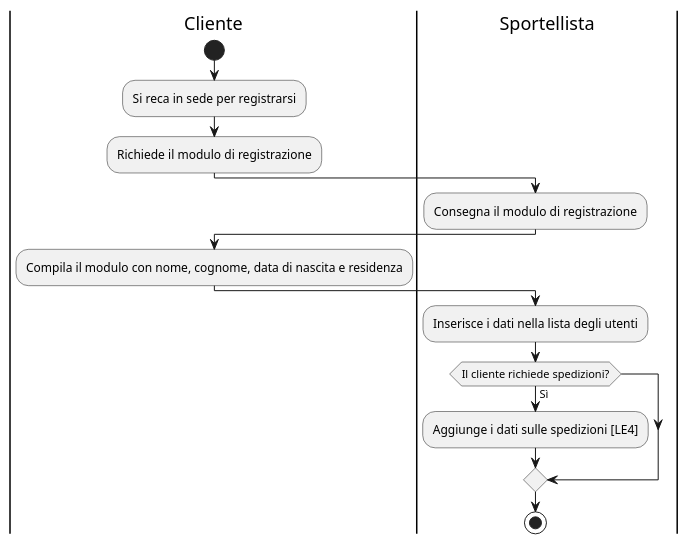
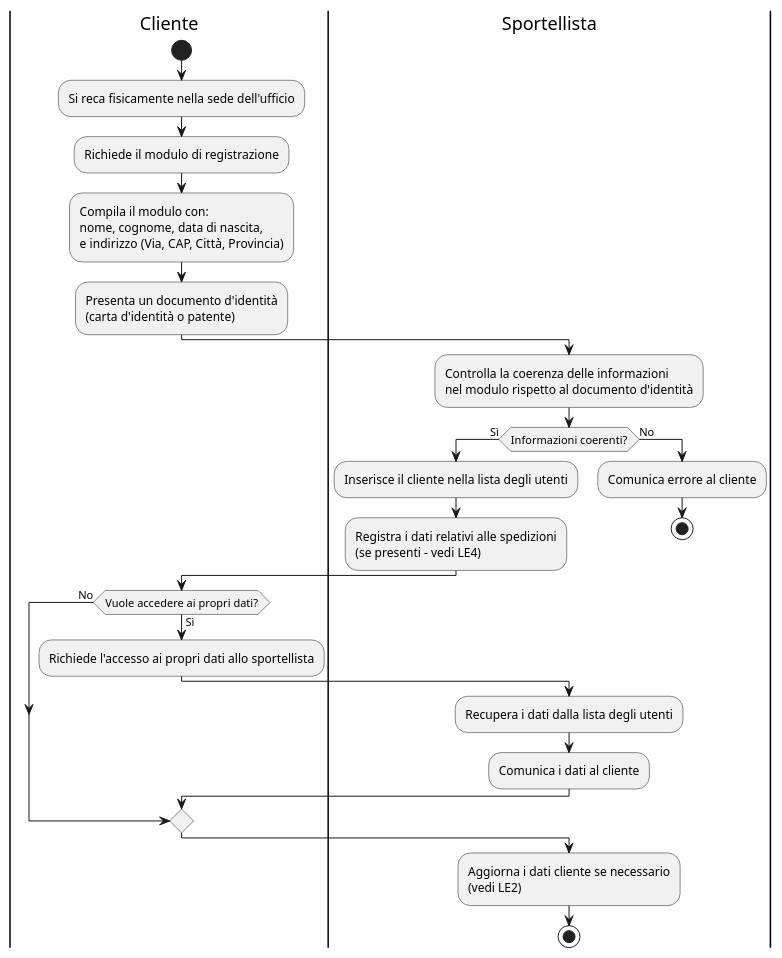
The diagram in umlDiagrams/LE1.puml (Zi0LEO/SistemiInformativi), drawn with PlantUML before and after one commit. The commit also changed 5 other files, not shown here.

```diff
--- a/umlDiagrams/LE1.puml
+++ b/umlDiagrams/LE1.puml
@@ -1,20 +1,33 @@
 @startuml
+
 |Cliente|
 start
-:Si reca in sede per registrarsi;
+:Si reca fisicamente nella sede dell'ufficio;
 :Richiede il modulo di registrazione;
+:Compila il modulo con:\nnome, cognome, data di nascita,\ne indirizzo (Via, CAP, Città, Provincia);
+:Presenta un documento d'identità\n(carta d'identità o patente);
 
 |Sportellista|
-:Consegna il modulo di registrazione;
+:Controlla la coerenza delle informazioni\nnel modulo rispetto al documento d'identità;
+if (Informazioni coerenti?) then (Sì)
+  :Inserisce il cliente nella lista degli utenti;
+  :Registra i dati relativi alle spedizioni\n(se presenti - vedi LE4);
+else (No)
+  :Comunica errore al cliente;
+  stop
+endif
 
 |Cliente|
-:Compila il modulo con nome, cognome, data di nascita e residenza;
+if (Vuole accedere ai propri dati?) then (Sì)
+  :Richiede l'accesso ai propri dati allo sportellista;
+  |Sportellista|
+  :Recupera i dati dalla lista degli utenti;
+  :Comunica i dati al cliente;
+else (No)
+endif
 
 |Sportellista|
-:Inserisce i dati nella lista degli utenti;
-if (Il cliente richiede spedizioni?) then (Sì)
-    :Aggiunge i dati sulle spedizioni [LE4];
-endif
+:Aggiorna i dati cliente se necessario\n(vedi LE2);
+stop
 
-stop
 @enduml
```
